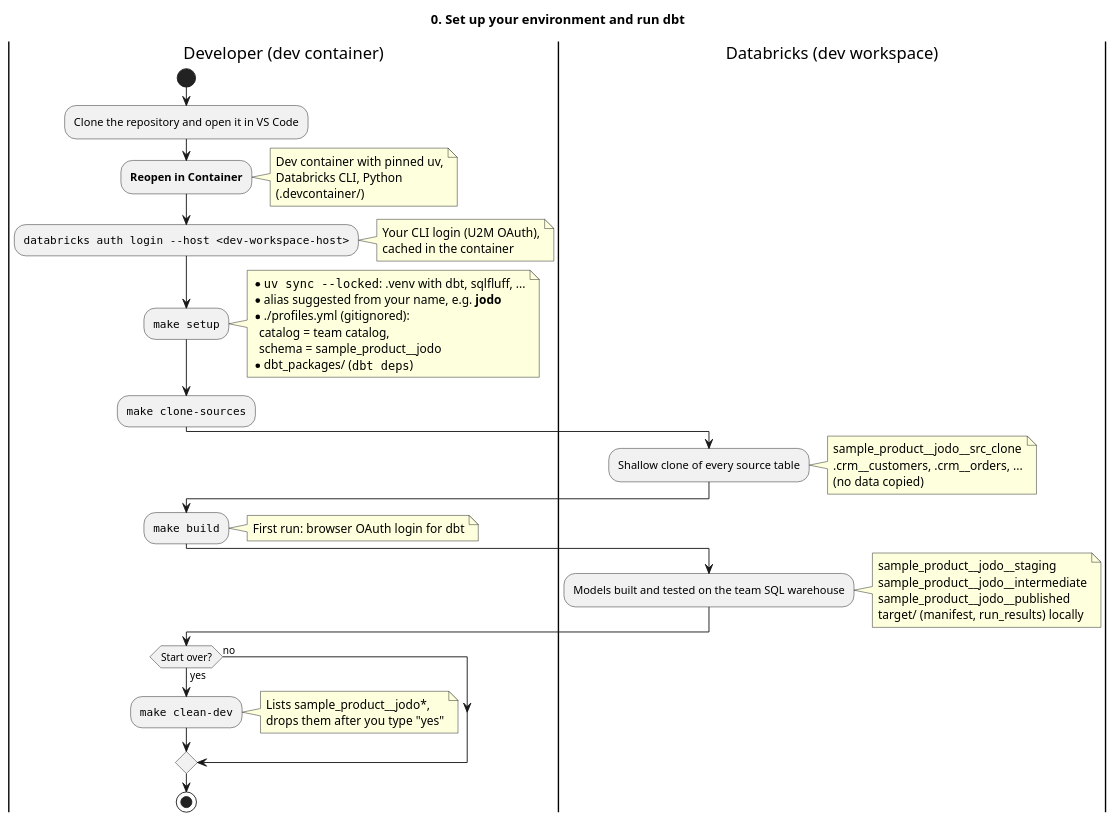
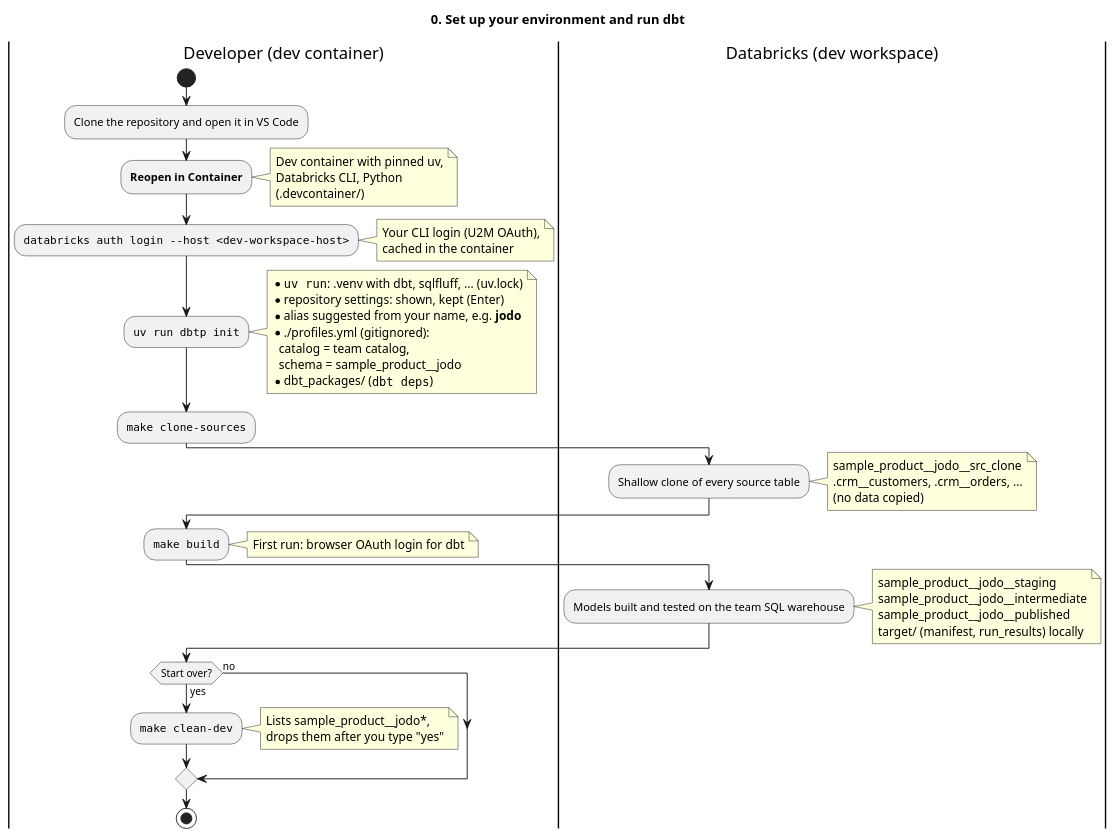
Before and after one commit to PeterHenell/dbt-databricks-template: the first of 11 diagrams in docs/workflows.md, drawn with PlantUML. The commit also changed other lines of this file and 19 other files, not shown here.

First line of the commit message:
Merge make setup into dbtp init

````diff
--- a/docs/workflows.md
+++ b/docs/workflows.md
@@ -54,60 +54,61 @@
 ```plantuml
 @startuml workflow-0-setup
 title 0. Set up your environment and run dbt
 
 |Developer (dev container)|
 start
 :Clone the repository and open it in VS Code;
 :**Reopen in Container**;
 note right
   Dev container with pinned uv,
   Databricks CLI, Python
   (.devcontainer/)
 end note
 :""databricks auth login ~--host <dev-workspace-host>"";
 note right
   Your CLI login (U2M OAuth),
   cached in the container
 end note
-:""make setup"";
+:""uv run dbtp init"";
 note right
-  * ""uv sync ~--locked"": .venv with dbt, sqlfluff, ...
+  * ""uv run"": .venv with dbt, sqlfluff, ... (uv.lock)
+  * repository settings: shown, kept (Enter)
   * alias suggested from your name, e.g. **jodo**
   * ./profiles.yml (gitignored):
     catalog = team catalog,
     schema = sample_product~__jodo
   * dbt_packages/ (""dbt deps"")
 end note
 :""make clone-sources"";
 |Databricks (dev workspace)|
 :Shallow clone of every source table;
 note right
   sample_product~__jodo~__src_clone
   .crm~__customers, .crm~__orders, ...
   (no data copied)
 end note
 |Developer (dev container)|
 :""make build"";
 note right
   First run: browser OAuth login for dbt
 end note
 |Databricks (dev workspace)|
 :Models built and tested on the team SQL warehouse;
 note right
   sample_product~__jodo~__staging
   sample_product~__jodo~__intermediate
   sample_product~__jodo~__published
   target/ (manifest, run_results) locally
 end note
 |Developer (dev container)|
 if (Start over?) then (yes)
   :""make clean-dev"";
   note right
     Lists sample_product~__jodo*,
     drops them after you type "yes"
   end note
 else (no)
 endif
 stop
 @enduml
 ```
````
